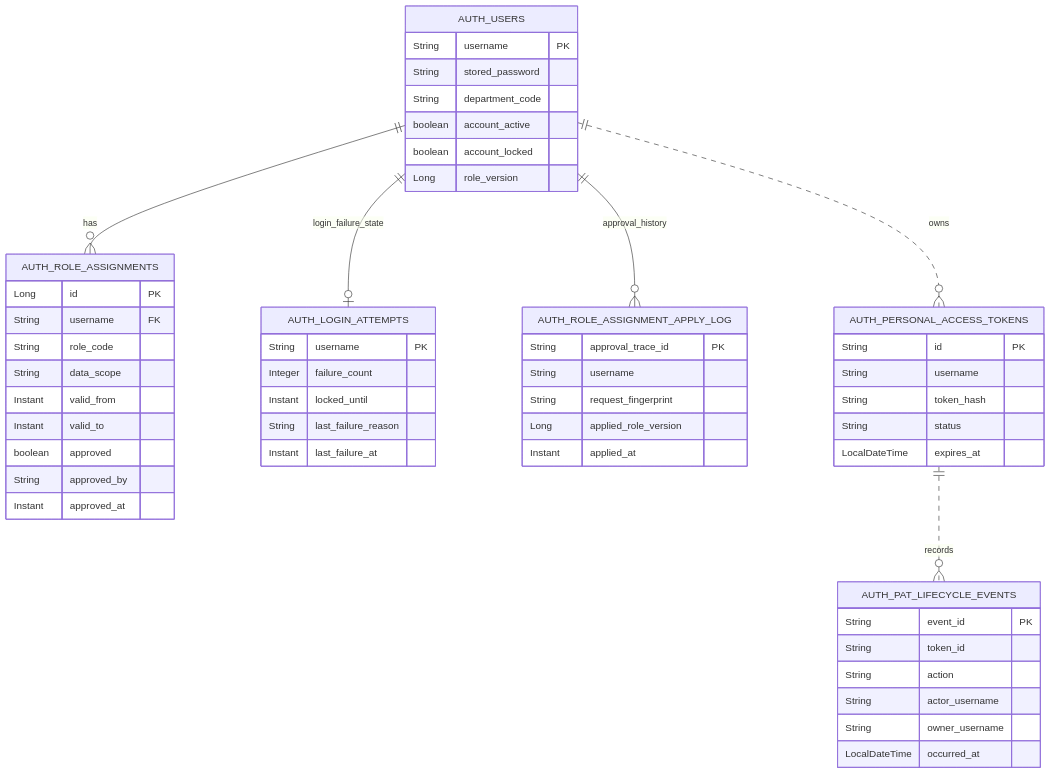
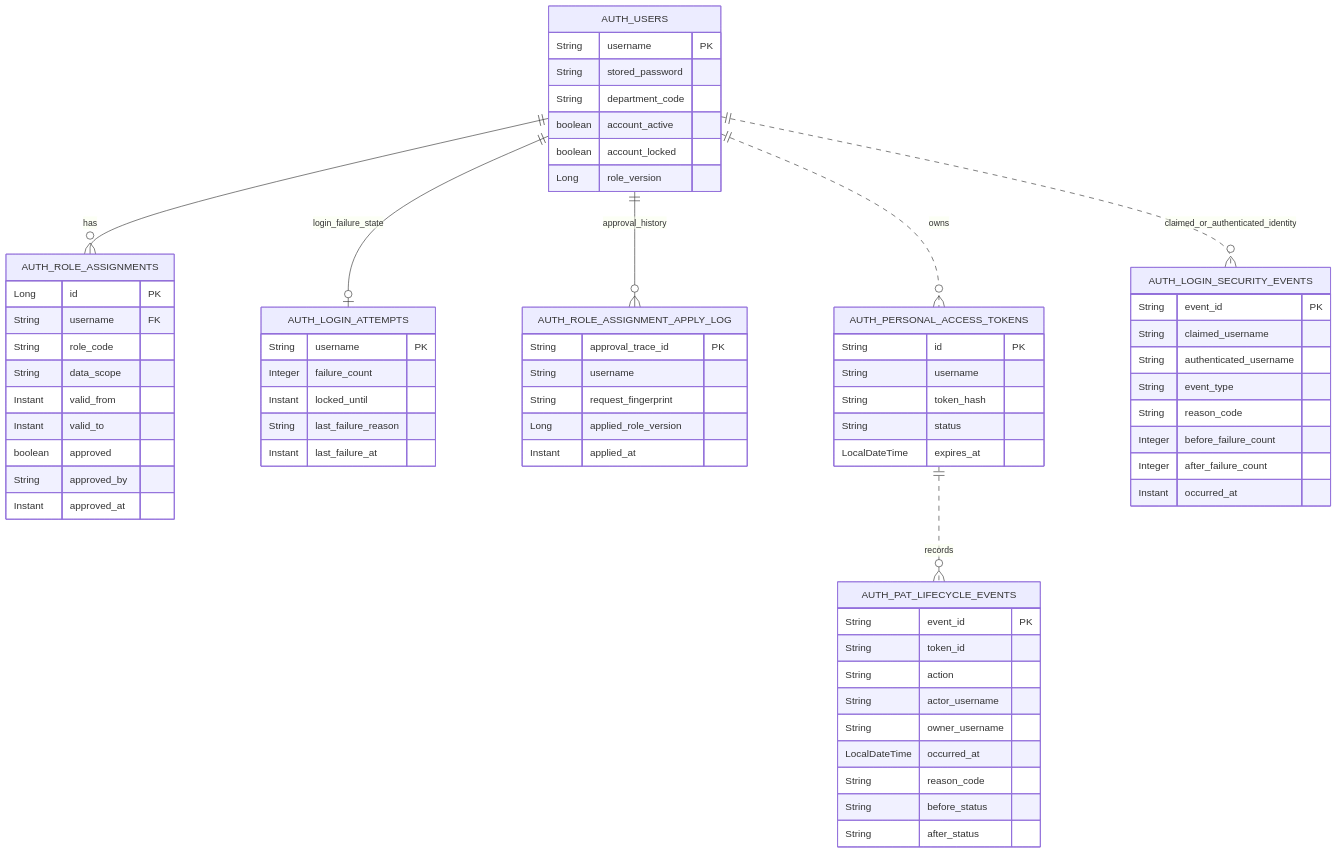
One commit to skyg547/account changed the diagram in auth/docs/schema.md. Above: the diagram before and after it, drawn with Mermaid. The commit also changed other lines of this file and 79 other files, not shown here.

````diff
--- a/auth/docs/schema.md
+++ b/auth/docs/schema.md
@@ -7,56 +7,70 @@
 ```mermaid
 erDiagram
     AUTH_USERS ||--o{ AUTH_ROLE_ASSIGNMENTS : has
     AUTH_USERS ||--o| AUTH_LOGIN_ATTEMPTS : login_failure_state
     AUTH_USERS ||--o{ AUTH_ROLE_ASSIGNMENT_APPLY_LOG : approval_history
     AUTH_USERS ||..o{ AUTH_PERSONAL_ACCESS_TOKENS : owns
     AUTH_PERSONAL_ACCESS_TOKENS ||..o{ AUTH_PAT_LIFECYCLE_EVENTS : records
+    AUTH_USERS ||..o{ AUTH_LOGIN_SECURITY_EVENTS : claimed_or_authenticated_identity
     AUTH_USERS {
         String username PK
         String stored_password
         String department_code
         boolean account_active
         boolean account_locked
         Long role_version
     }
     AUTH_ROLE_ASSIGNMENTS {
         Long id PK
         String username FK
         String role_code
         String data_scope
         Instant valid_from
         Instant valid_to
         boolean approved
         String approved_by
         Instant approved_at
     }
     AUTH_LOGIN_ATTEMPTS {
         String username PK
         Integer failure_count
         Instant locked_until
         String last_failure_reason
         Instant last_failure_at
     }
     AUTH_ROLE_ASSIGNMENT_APPLY_LOG {
         String approval_trace_id PK
         String username
         String request_fingerprint
         Long applied_role_version
         Instant applied_at
     }
     AUTH_PERSONAL_ACCESS_TOKENS {
         String id PK
         String username
         String token_hash
         String status
         LocalDateTime expires_at
     }
     AUTH_PAT_LIFECYCLE_EVENTS {
         String event_id PK
         String token_id
         String action
         String actor_username
         String owner_username
         LocalDateTime occurred_at
+        String reason_code
+        String before_status
+        String after_status
+    }
+    AUTH_LOGIN_SECURITY_EVENTS {
+        String event_id PK
+        String claimed_username
+        String authenticated_username
+        String event_type
+        String reason_code
+        Integer before_failure_count
+        Integer after_failure_count
+        Instant occurred_at
     }
 ```
````
